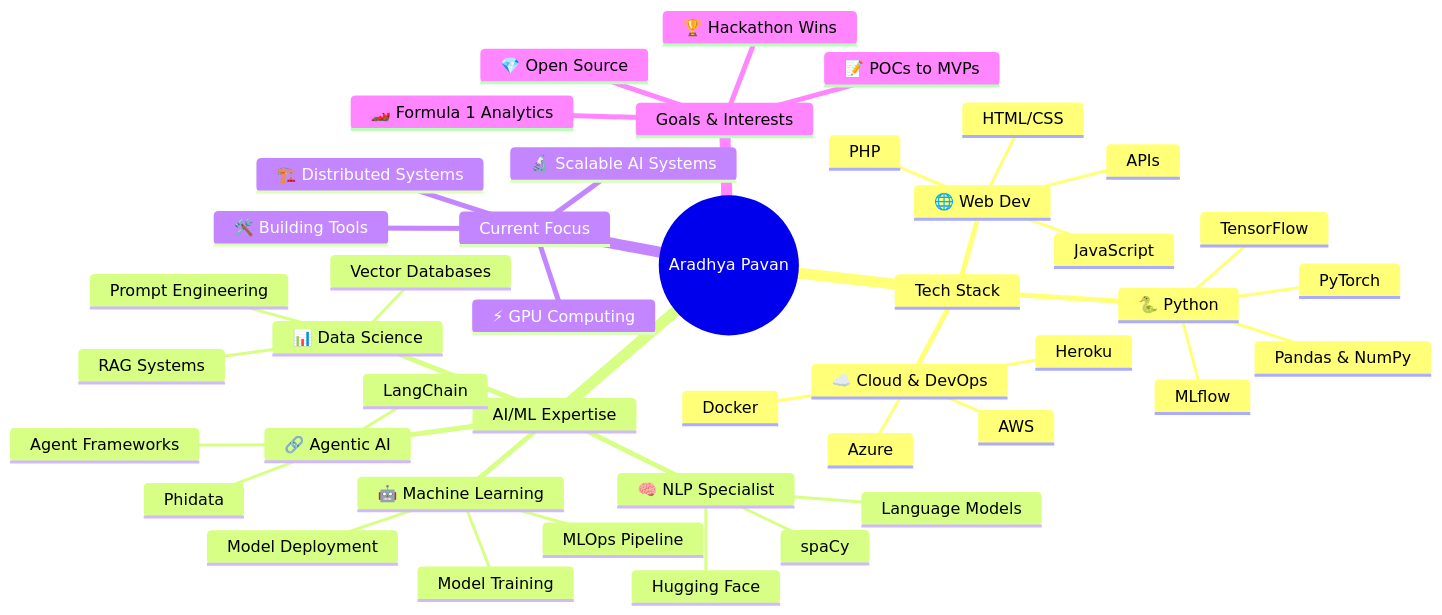
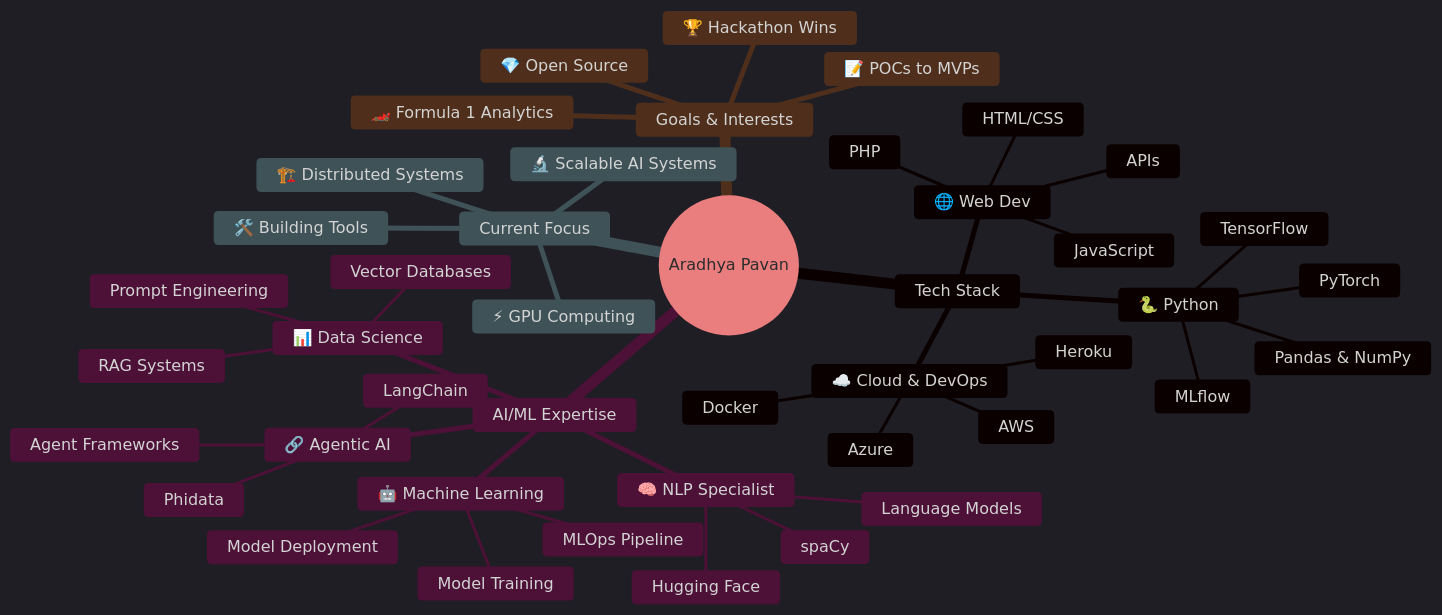
Before and after one commit to aradhyapavan/aradhyapavan: the diagram in README.md, drawn with Mermaid. The commit also changed other lines of this file, not shown here.

````diff
--- a/README.md
+++ b/README.md
@@ -194,47 +196,48 @@
 ```mermaid
+%%{init: {'theme':'dark', 'themeVariables': {'primaryColor':'#2563eb','primaryTextColor':'#ffffff','primaryBorderColor':'#06b6d4','lineColor':'#06b6d4','sectionBkgColor':'#1e40af','altSectionBkgColor':'#3730a3','gridColor':'#374151','secondaryColor':'#dc2626','tertiaryColor':'#059669'}}}%%
 mindmap
   root((Aradhya Pavan))
     Tech Stack
       🐍 Python
         PyTorch
         TensorFlow
         Pandas & NumPy
         MLflow
       🌐 Web Dev
         PHP
         JavaScript
         HTML/CSS
         APIs
       ☁️ Cloud & DevOps
         AWS
         Azure
         Docker
         Heroku
     AI/ML Expertise
       🤖 Machine Learning
         Model Training
         Model Deployment
         MLOps Pipeline
       🧠 NLP Specialist
         spaCy
         Hugging Face
         Language Models
       🔗 Agentic AI
         LangChain
         Phidata
         Agent Frameworks
       📊 Data Science
         Vector Databases
         RAG Systems
         Prompt Engineering
     Current Focus
       🔬 Scalable AI Systems
       ⚡ GPU Computing
       🏗️ Distributed Systems
       🛠️ Building Tools
     Goals & Interests
       🏎️ Formula 1 Analytics
       🏆 Hackathon Wins
       📝 POCs to MVPs
       💎 Open Source
 ```
````
